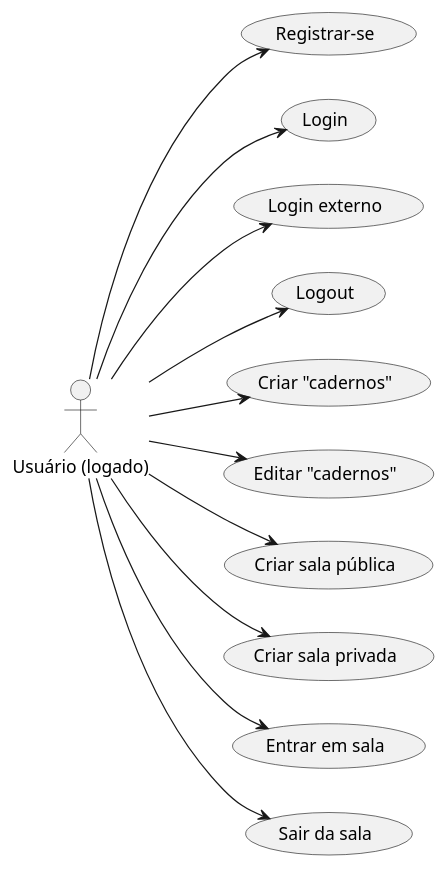
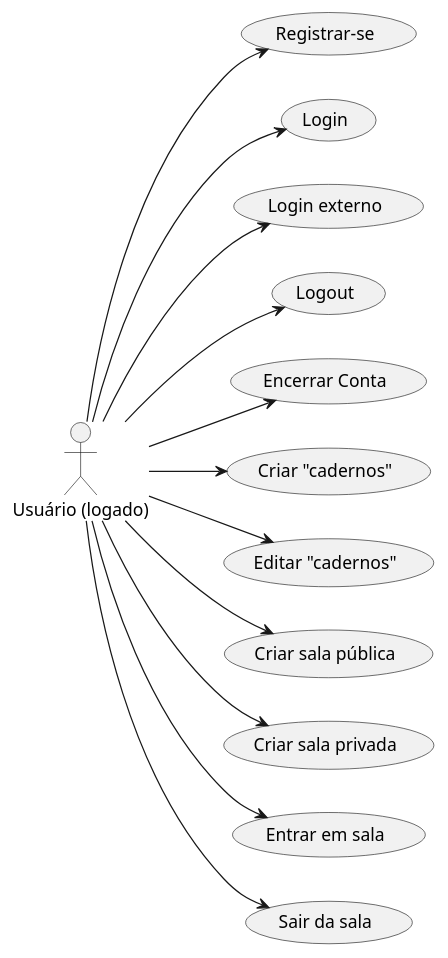
Before and after one commit to julioryanm/P.I.Fatec-1SEM.2024: the diagram in Documentacao/casos_de_uso/src/usuario_logado_0.wsd, drawn with PlantUML. The commit also changed 1 other file, not shown here.

Commit message:
Docs: Adiciona possibilidade do usuário encerrar a própria conta

```diff
--- a/Documentacao/casos_de_uso/src/usuario_logado_0.wsd
+++ b/Documentacao/casos_de_uso/src/usuario_logado_0.wsd
@@ -1,15 +1,16 @@
 @startuml Logged User Actions 0
 scale 1
 left to right direction
 :Usuário (logado): as User
 User --> (Registrar-se)
 User --> (Login)
 User --> (Login externo)
 User --> (Logout)
+User --> (Encerrar Conta)
 User --> (Criar "cadernos")
 User --> (Editar "cadernos")
 User --> (Criar sala pública)
 User --> (Criar sala privada)
 User --> (Entrar em sala)
 User --> (Sair da sala)
 @enduml
```
